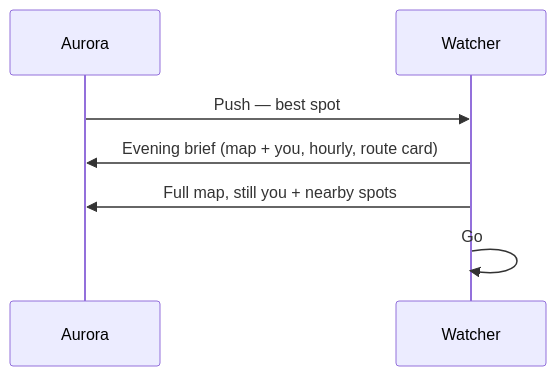
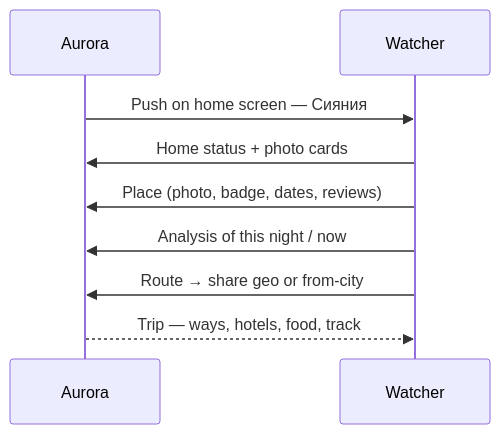
The diagram in cases/aurora/docs/flows/to-be.md (littlewhywhat/legal-360), drawn with Mermaid before and after one commit. The commit also changed other lines of this file and 9 other files, not shown here.

````diff
--- a/cases/aurora/docs/flows/to-be.md
+++ b/cases/aurora/docs/flows/to-be.md
@@ -11,10 +11,12 @@
 ```mermaid
 sequenceDiagram
   participant App as Aurora
   participant W as Watcher
 
-  App->>W: Push — best spot
-  W->>App: Evening brief (map + you, hourly, route card)
-  W->>App: Full map, still you + nearby spots
-  W->>W: Go
+  App->>W: Push on home screen — Сияния
+  W->>App: Home status + photo cards
+  W->>App: Place (photo, badge, dates, reviews)
+  W->>App: Analysis of this night / now
+  W->>App: Route → share geo or from-city
+  App-->>W: Trip — ways, hotels, food, track
 ```
````
